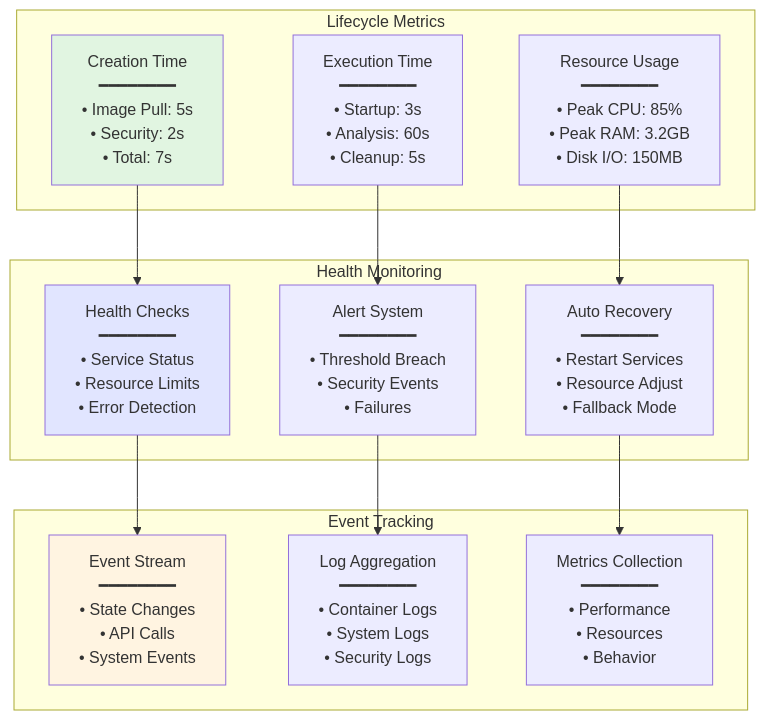
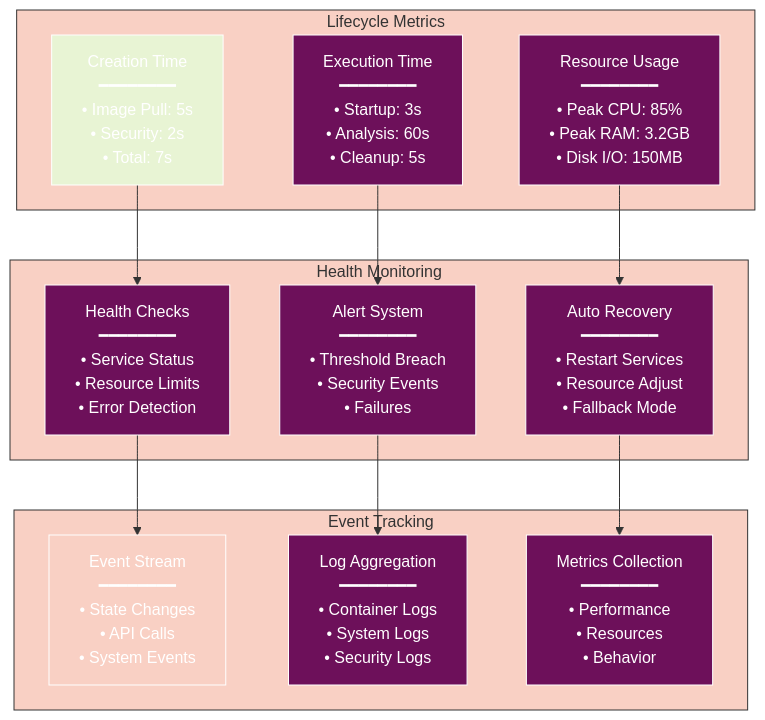
Before and after one commit to radicalkjax/Athena: diagram 13 of 23 in docs/CONTAINER_ISOLATION.md, drawn with Mermaid. The commit also changed other lines of this file and 27 other files, not shown here.

Commit message:
Introduction of expo package manager. Updated docs to reflect changes. Unified mermaid theme for docs.

````diff
--- a/docs/CONTAINER_ISOLATION.md
+++ b/docs/CONTAINER_ISOLATION.md
@@ -757,32 +1009,53 @@
 ```mermaid
+%%{init: {
+  'theme': 'base',
+  'themeVariables': {
+    'primaryColor': '#6d105a',
+    'primaryTextColor': '#ffffff',
+    'primaryBorderColor': '#ffffff',
+    'lineColor': '#333333',
+    'secondaryColor': '#e8f4d4',
+    'secondaryTextColor': '#333333',
+    'secondaryBorderColor': '#333333',
+    'tertiaryColor': '#f9d0c4',
+    'tertiaryTextColor': '#333333',
+    'tertiaryBorderColor': '#333333',
+    'background': '#ffffff',
+    'mainBkg': '#6d105a',
+    'secondBkg': '#e8f4d4',
+    'tertiaryBkg': '#f9d0c4',
+    'textColor': '#333333',
+    'fontFamily': 'Arial, sans-serif'
+  }
+}}%%
 graph TB
     subgraph "Lifecycle Metrics"
         CreateTime[Creation Time<br/>━━━━━━━━<br/>• Image Pull: 5s<br/>• Security: 2s<br/>• Total: 7s]
         RunTime[Execution Time<br/>━━━━━━━━<br/>• Startup: 3s<br/>• Analysis: 60s<br/>• Cleanup: 5s]
         Resources[Resource Usage<br/>━━━━━━━━<br/>• Peak CPU: 85%<br/>• Peak RAM: 3.2GB<br/>• Disk I/O: 150MB]
     end
     
     subgraph "Health Monitoring"
         Health[Health Checks<br/>━━━━━━━━<br/>• Service Status<br/>• Resource Limits<br/>• Error Detection]
         Alerts[Alert System<br/>━━━━━━━━<br/>• Threshold Breach<br/>• Security Events<br/>• Failures]
         Recovery[Auto Recovery<br/>━━━━━━━━<br/>• Restart Services<br/>• Resource Adjust<br/>• Fallback Mode]
     end
     
     subgraph "Event Tracking"
         Events[Event Stream<br/>━━━━━━━━<br/>• State Changes<br/>• API Calls<br/>• System Events]
         Logs[Log Aggregation<br/>━━━━━━━━<br/>• Container Logs<br/>• System Logs<br/>• Security Logs]
         Metrics[Metrics Collection<br/>━━━━━━━━<br/>• Performance<br/>• Resources<br/>• Behavior]
     end
     
     CreateTime --> Health
     RunTime --> Alerts
     Resources --> Recovery
     
     Health --> Events
     Alerts --> Logs
     Recovery --> Metrics
     
-    style CreateTime fill:#e1f5e1
-    style Health fill:#e1e5ff
-    style Events fill:#fff4e1
+    style CreateTime fill:#e8f4d4
+    style Health fill:#6d105a
+    style Events fill:#f9d0c4
 ```
````
